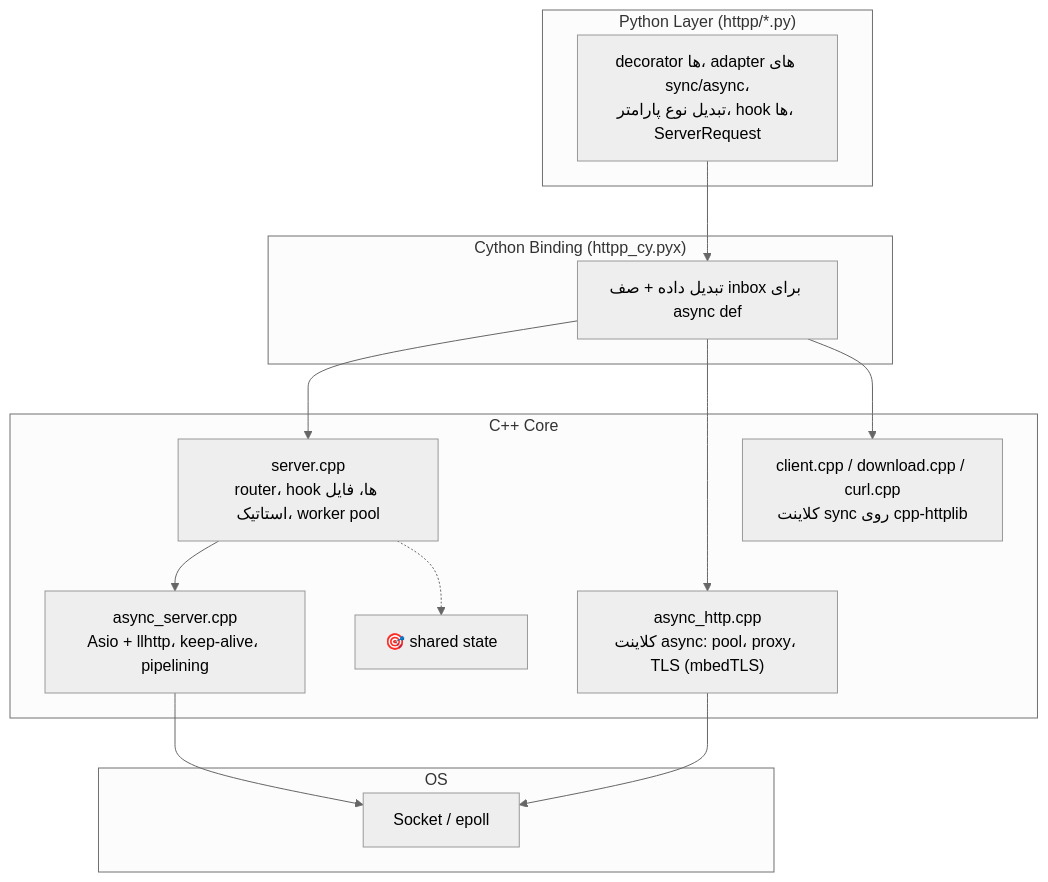
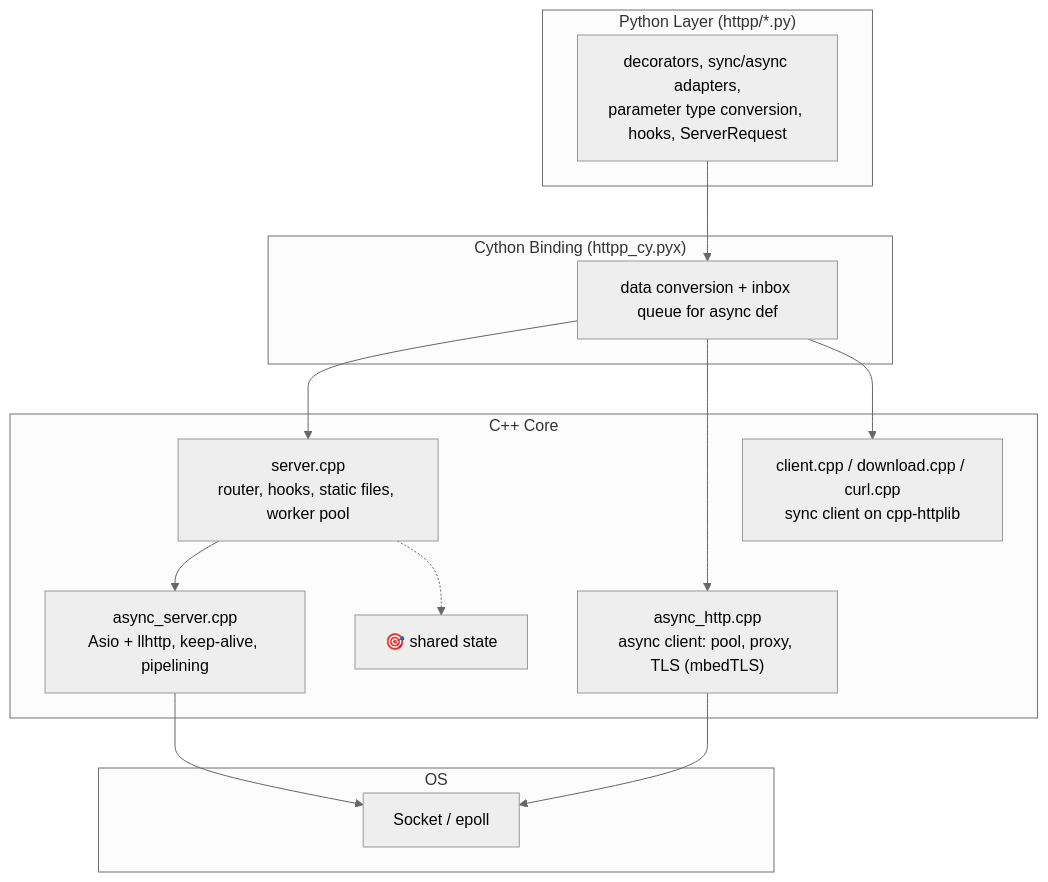
One commit to MohammadRaziei/httpp changed the first of 6 diagrams in docs/Architecture.md. Above: the diagram before and after it, drawn with Mermaid (neutral theme). The commit also changed other lines of this file and 49 other files, not shown here.

````diff
--- a/docs/Architecture.md
+++ b/docs/Architecture.md
@@ -61,31 +62,31 @@
 ```mermaid
 graph TB
     subgraph "Python Layer (httpp/*.py)"
-        PY["decorator ها، adapter های sync/async،<br/>تبدیل نوع پارامتر، hook ها، ServerRequest"]
+        PY["decorators, sync/async adapters,<br/>parameter type conversion, hooks, ServerRequest"]
     end
 
     subgraph "Cython Binding (httpp_cy.pyx)"
-        BIND["تبدیل داده + صف inbox برای async def"]
+        BIND["data conversion + inbox queue for async def"]
     end
 
     subgraph "C++ Core"
-        SRV["server.cpp<br/>router، hook ها، فایل استاتیک، worker pool"]
-        ENG["async_server.cpp<br/>Asio + llhttp، keep-alive، pipelining"]
-        ACLI["async_http.cpp<br/>کلاینت async: pool، proxy، TLS (mbedTLS)"]
-        SCLI["client.cpp / download.cpp / curl.cpp<br/>کلاینت sync روی cpp-httplib"]
+        SRV["server.cpp<br/>router, hooks, static files, worker pool"]
+        ENG["async_server.cpp<br/>Asio + llhttp, keep-alive, pipelining"]
+        ACLI["async_http.cpp<br/>async client: pool, proxy, TLS (mbedTLS)"]
+        SCLI["client.cpp / download.cpp / curl.cpp<br/>sync client on cpp-httplib"]
         SHM["🎯 shared state"]
     end
 
     subgraph "OS"
         SOCK["Socket / epoll"]
     end
 
     PY --> BIND
     BIND --> SRV
     BIND --> ACLI
     BIND --> SCLI
     SRV --> ENG
     ENG --> SOCK
     ACLI --> SOCK
     SRV -.-> SHM
 ```
````
